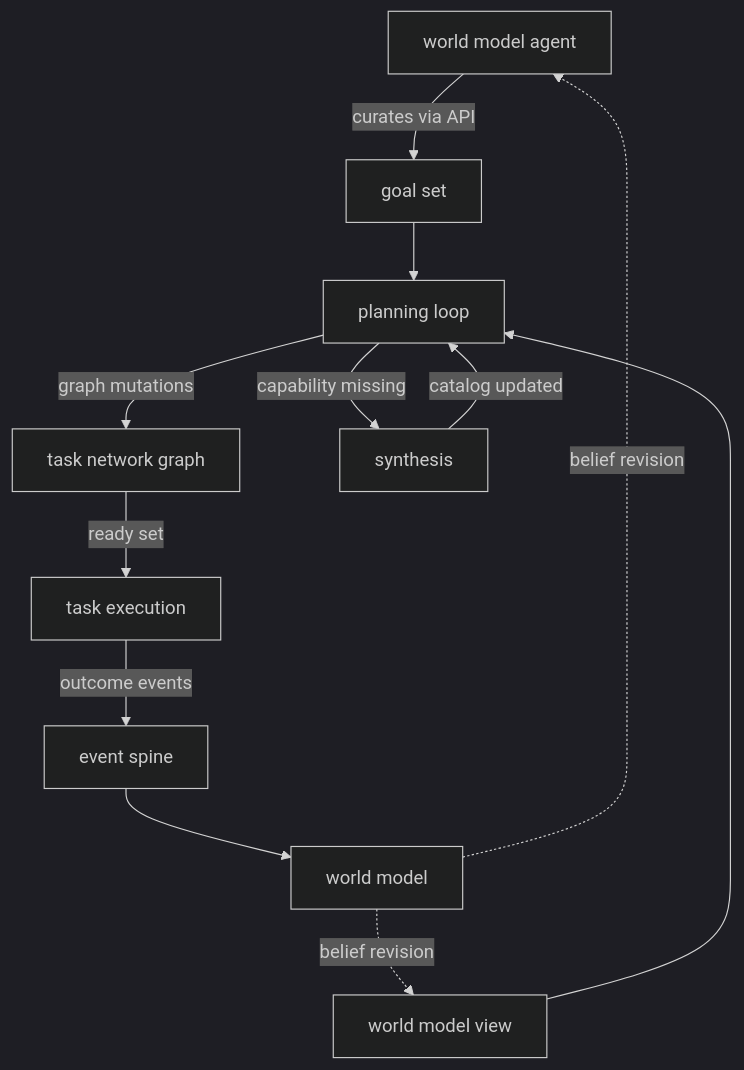
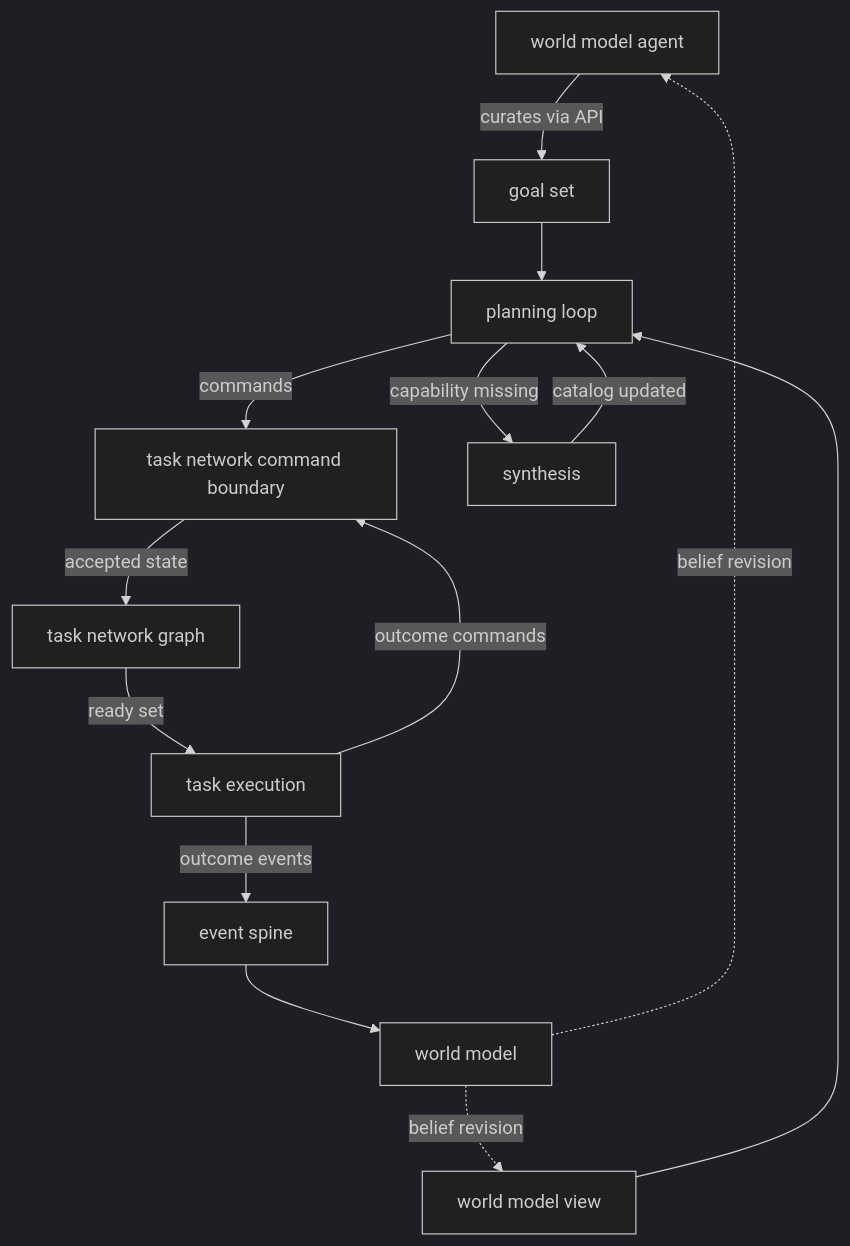
The diagram in design/cognitive_architecture/execution/README.md (JerkyTreats/meld), drawn with Mermaid (dark theme) before and after one commit. The commit also changed other lines of this file and 95 other files, not shown here.

Commit message:
feat(execution): add task network store and lowering

````diff
--- a/design/cognitive_architecture/execution/README.md
+++ b/design/cognitive_architecture/execution/README.md
@@ -50,14 +53,16 @@
 ```mermaid
 flowchart TD
     AG[world model agent] -->|curates via API| GS[goal set]
     WMV[world model view] --> PL[planning loop]
     GS --> PL
-    PL -->|graph mutations| TN[task network graph]
+    PL -->|commands| TNC[task network command boundary]
+    TNC -->|accepted state| TN[task network graph]
     TN -->|ready set| EX[task execution]
+    EX -->|outcome commands| TNC
     EX -->|outcome events| SP[event spine]
     SP --> WM[world model]
     WM -.->|belief revision| WMV
     WM -.->|belief revision| AG
     PL -->|capability missing| SY[synthesis]
     SY -->|catalog updated| PL
 ```
````
